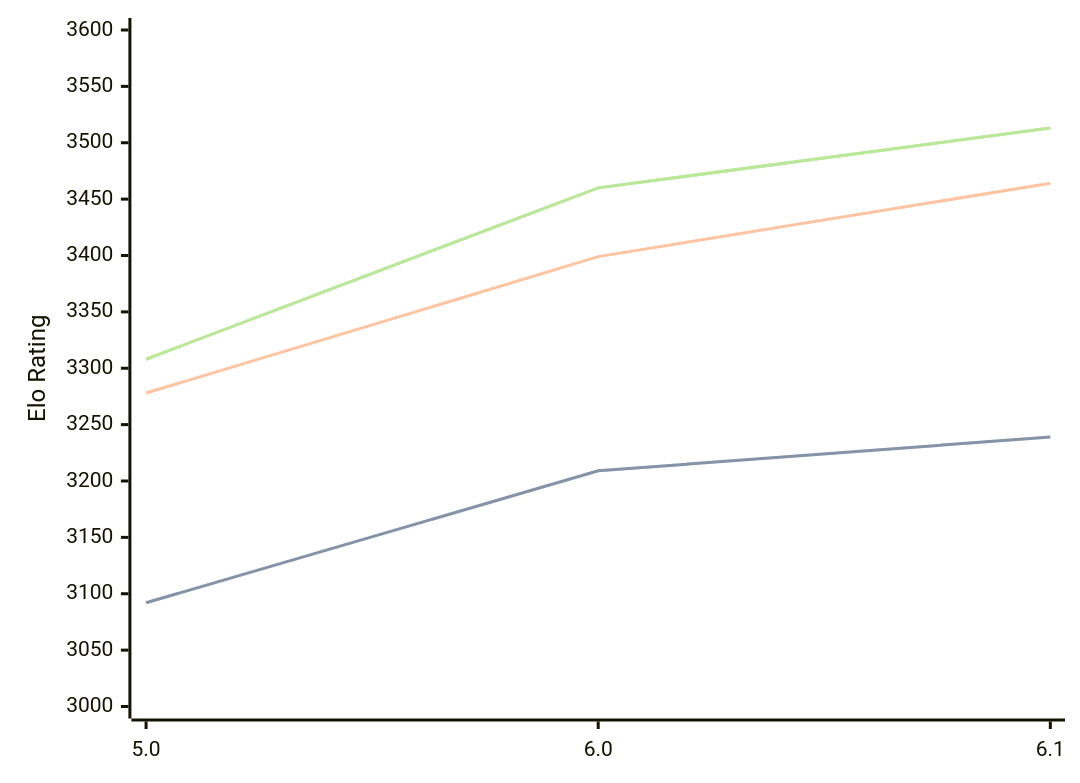
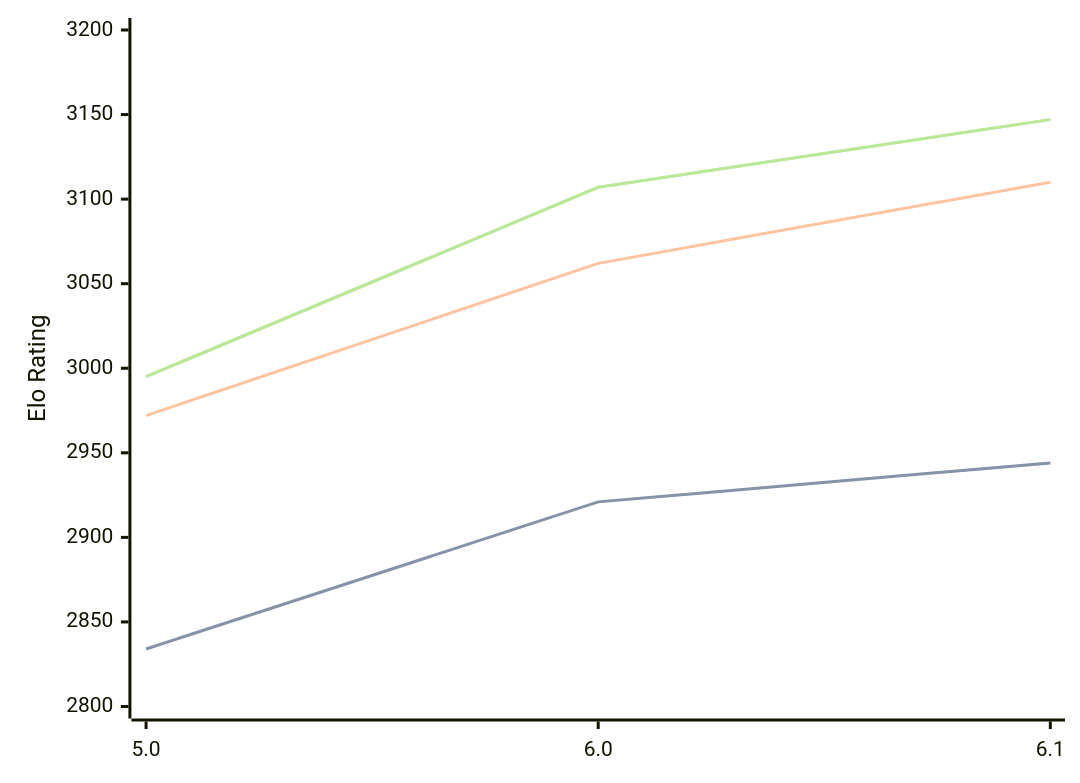
One commit to computer-chess-index/cci changed the diagram in engines/PZChessBot.md. Above: the diagram before and after it, drawn with Mermaid. The commit also changed other lines of this file, not shown here.

Commit message:
Update CCI Ratings (ELO VLTC) - 2026-02-23

````diff
--- a/engines/PZChessBot.md
+++ b/engines/PZChessBot.md
@@ -39,11 +39,11 @@
 ```mermaid
 %%{init: {"theme":"base","themeVariables":{"seriesColors:['#a3a3a3','#222221','#faa371']}}}%%
 xychart-beta
   x-axis ["5.0", "6.0", "6.1"]
-  y-axis "Elo Rating" 3000 --> 3600
-  line "STC (8.0+0.08s)" [3092, 3209, 3239]
-  line "STC (8.0+0.08s)" [3092, 3209, 3239]
-  line "LTC (60.0+0.60s)" [3278, 3399, 3464]
-  line "VLTC (2m24s+1.12s)" [3308, 3460, 3513]
-  line "VLTC (2m24s+1.12s)" [3308, 3460, 3513]
+  y-axis "Elo Rating" 2800 --> 3200
+  line "STC (8.0+0.08s)" [2834, 2921, 2944]
+  line "STC (8.0+0.08s)" [2834, 2921, 2944]
+  line "LTC (60.0+0.60s)" [2972, 3062, 3110]
+  line "VLTC (2m24s+1.12s)" [2995, 3107, 3147]
+  line "VLTC (2m24s+1.12s)" [2995, 3107, 3147]
 ```
````
